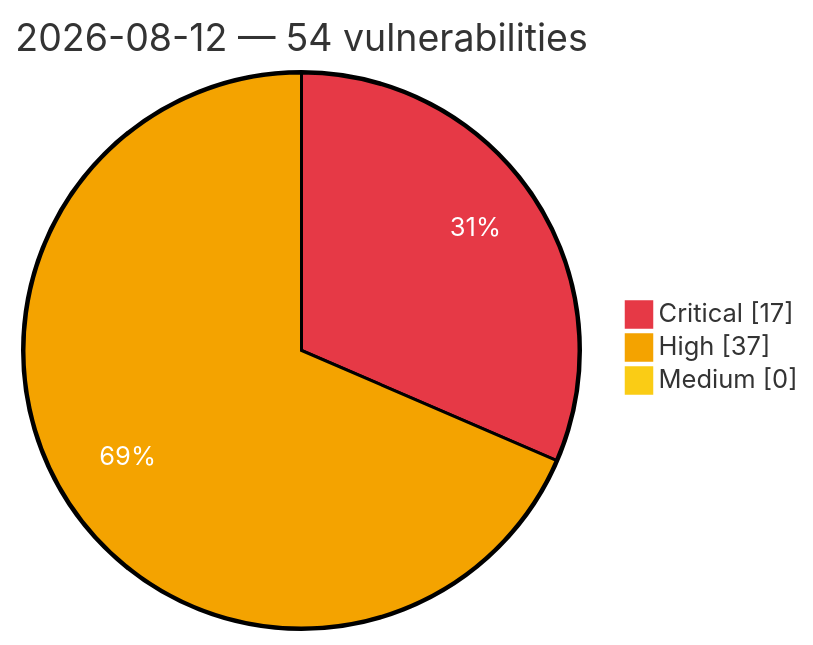
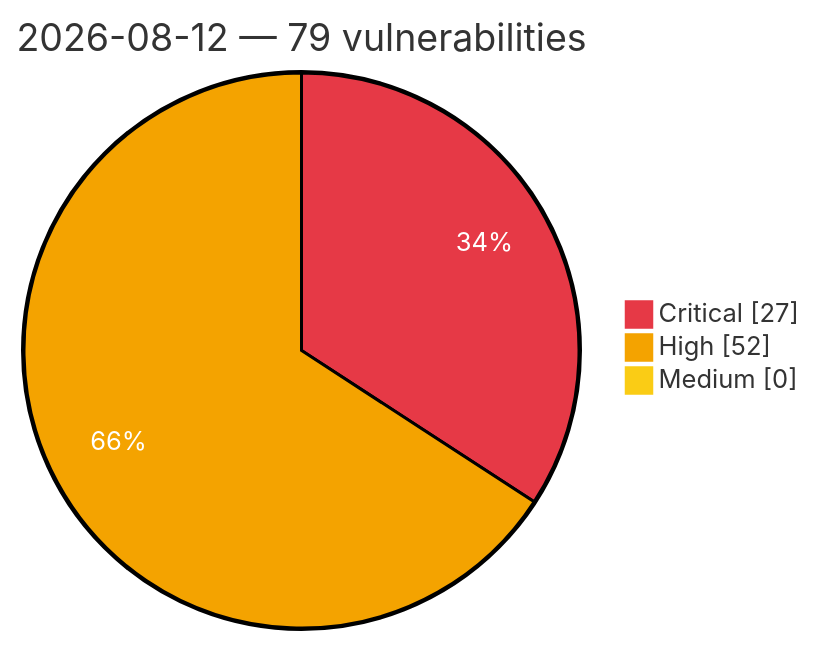
Before and after one commit to GhostX0X/vuln-tracker: the diagram in vulnerabilities/2026/August/2026-08-12.md, drawn with Mermaid. The commit also changed other lines of this file and 5 other files, not shown here.

Commit message:
Auto update: critical/high vulns (2026-08-12 20:40 UTC)

````diff
--- a/vulnerabilities/2026/August/2026-08-12.md
+++ b/vulnerabilities/2026/August/2026-08-12.md
@@ -3,8 +3,8 @@
 ```mermaid
 %%{init: {'theme':'base', 'themeVariables': {'pie1':'#e63946', 'pie2':'#f4a300', 'pie3':'#facc15', 'pieOpacity':'1', 'pieOuterStrokeWidth':'2px', 'pieSectionTextColor':'#ffffff'}}}%%
 pie showData
-    title 2026-08-12 — 54 vulnerabilities
-    "Critical" : 17
-    "High" : 37
+    title 2026-08-12 — 79 vulnerabilities
+    "Critical" : 27
+    "High" : 52
     "Medium" : 0
 ```
````
